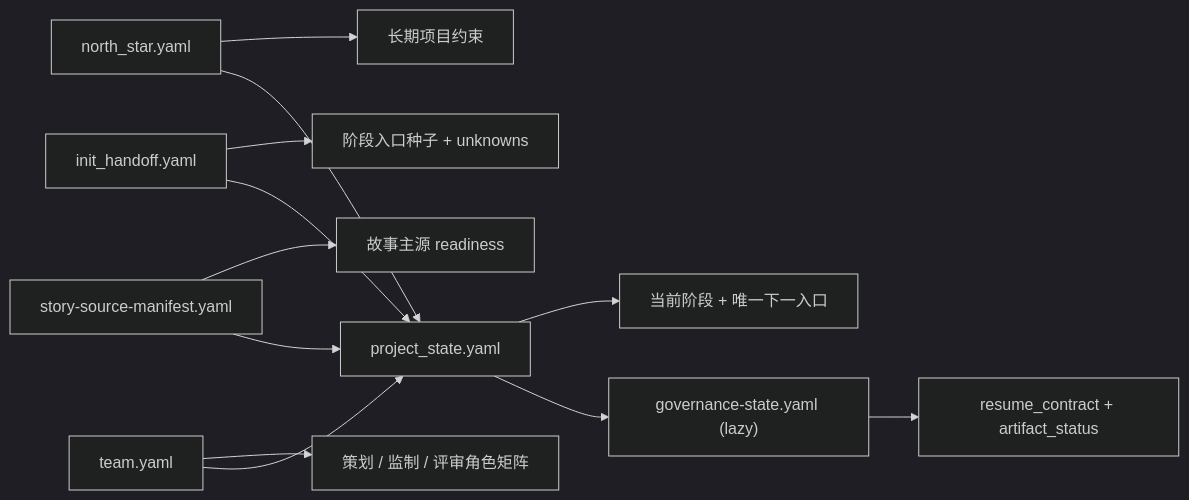
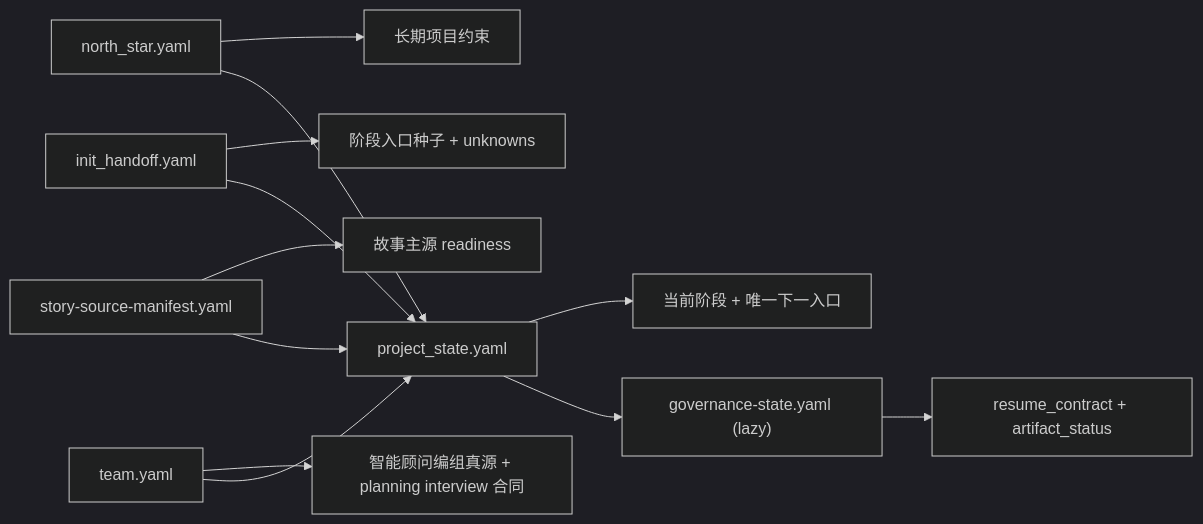
The fourth of 4 diagrams in .agents/skills/aigc/0-Init/SKILL.md (ZEN-VOID/AI-CUT), drawn with Mermaid (dark theme) before and after one commit. The commit also changed other lines of this file and 165 other files, not shown here.

````diff
--- a/.agents/skills/aigc/0-Init/SKILL.md
+++ b/.agents/skills/aigc/0-Init/SKILL.md
@@ -153,14 +158,14 @@
 ```mermaid
 flowchart LR
     A["north_star.yaml"] --> A1["长期项目约束"]
     B["init_handoff.yaml"] --> B1["阶段入口种子 + unknowns"]
     C["story-source-manifest.yaml"] --> C1["故事主源 readiness"]
-    D["team.yaml"] --> D1["策划 / 监制 / 评审角色矩阵"]
+    D["team.yaml"] --> D1["智能顾问编组真源 + planning interview 合同"]
     E["project_state.yaml"] --> E1["当前阶段 + 唯一下一入口"]
     F["governance-state.yaml (lazy)"] --> F1["resume_contract + artifact_status"]
     A --> E
     B --> E
     C --> E
     D --> E
     E --> F
 ```
````
